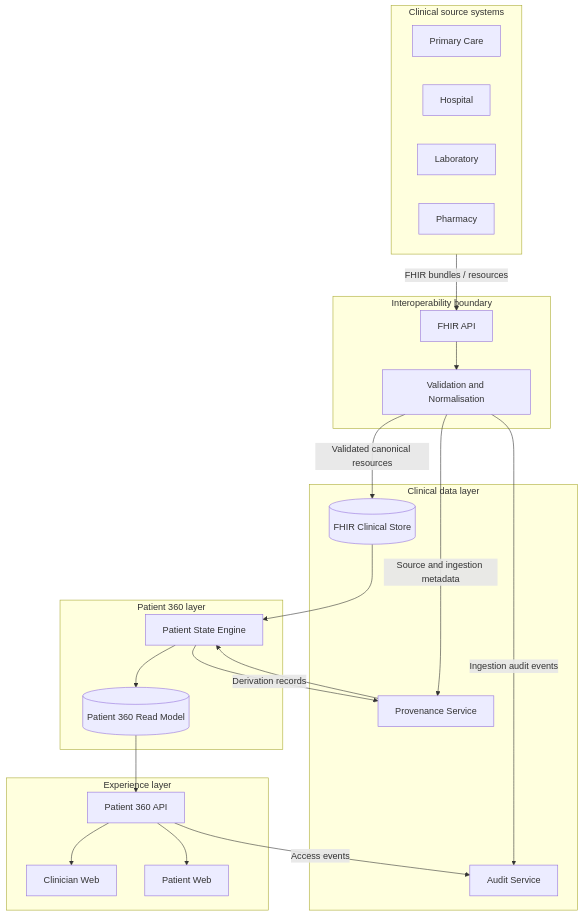
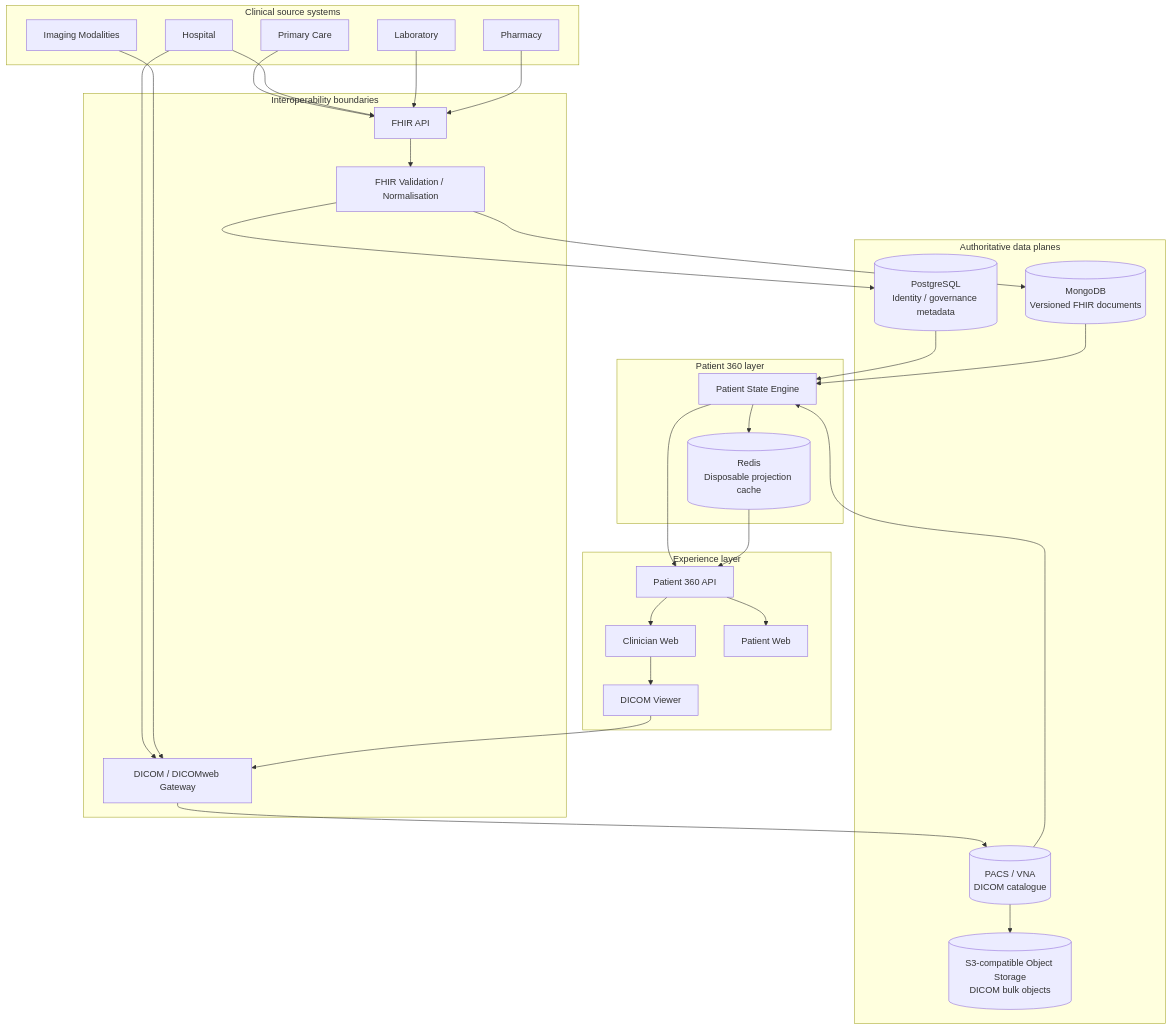
Before and after one commit to DiogoRibeiro7/sns-patient-360: the second of 7 diagrams in docs/architecture/system-architecture.md, drawn with Mermaid. The commit also changed other lines of this file, not shown here.

Commit message:
docs: update all system diagrams for imaging plane

````diff
--- a/docs/architecture/system-architecture.md
+++ b/docs/architecture/system-architecture.md
@@ -47,47 +52,61 @@
 ```mermaid
 flowchart TB
     subgraph Sources[Clinical source systems]
         PC[Primary Care]
         HOSP[Hospital]
         LAB[Laboratory]
         PHARM[Pharmacy]
+        MOD[Imaging Modalities]
     end
 
-    subgraph Interop[Interoperability boundary]
-        API[FHIR API]
-        VALIDATE[Validation and Normalisation]
+    subgraph Interop[Interoperability boundaries]
+        FHIRAPI[FHIR API]
+        VALIDATE[FHIR Validation / Normalisation]
+        DICOM[DICOM / DICOMweb Gateway]
     end
 
-    subgraph Clinical[Clinical data layer]
-        FHIRSTORE[(FHIR Clinical Store)]
-        PROV[Provenance Service]
-        AUDIT[Audit Service]
+    subgraph Truth[Authoritative data planes]
+        PG[(PostgreSQL\nIdentity / governance metadata)]
+        MONGO[(MongoDB\nVersioned FHIR documents)]
+        PACS[(PACS / VNA\nDICOM catalogue)]
+        OBJECT[(S3-compatible Object Storage\nDICOM bulk objects)]
     end
 
     subgraph ReadModel[Patient 360 layer]
         STATE[Patient State Engine]
-        P360STORE[(Patient 360 Read Model)]
+        REDIS[(Redis\nDisposable projection cache)]
     end
 
     subgraph Experience[Experience layer]
-        CLINAPI[Patient 360 API]
+        API[Patient 360 API]
         CLINWEB[Clinician Web]
         PATWEB[Patient Web]
+        VIEWER[DICOM Viewer]
     end
 
-    Sources -->|FHIR bundles / resources| API
-    API --> VALIDATE
-    VALIDATE -->|Validated canonical resources| FHIRSTORE
-    VALIDATE -->|Source and ingestion metadata| PROV
-    VALIDATE -->|Ingestion audit events| AUDIT
+    PC --> FHIRAPI
+    HOSP --> FHIRAPI
+    LAB --> FHIRAPI
+    PHARM --> FHIRAPI
+    HOSP --> DICOM
+    MOD --> DICOM
 
-    FHIRSTORE --> STATE
-    PROV --> STATE
-    STATE --> P360STORE
-    STATE -->|Derivation records| PROV
+    FHIRAPI --> VALIDATE
+    VALIDATE --> PG
+    VALIDATE --> MONGO
 
-    P360STORE --> CLINAPI
-    CLINAPI --> CLINWEB
-    CLINAPI --> PATWEB
-    CLINAPI -->|Access events| AUDIT
+    DICOM --> PACS
+    PACS --> OBJECT
+
+    PG --> STATE
+    MONGO --> STATE
+    PACS --> STATE
+    STATE --> REDIS
+    STATE --> API
+    REDIS --> API
+
+    API --> CLINWEB
+    API --> PATWEB
+    CLINWEB --> VIEWER
+    VIEWER --> DICOM
 ```
````
